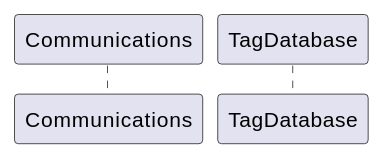
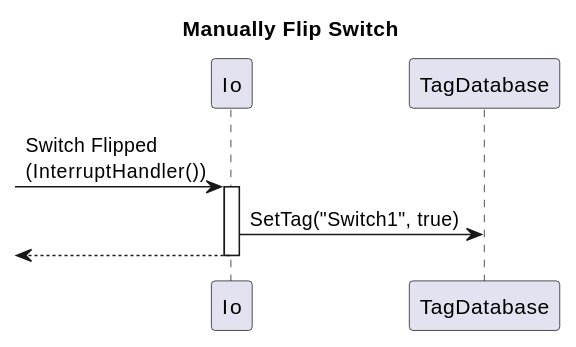
Before and after one commit to aet37/ECE1140-Project: the third of 4 diagrams in docs/hw_track_controller_hld.md, drawn with PlantUML. The commit also changed other lines of this file, not shown here.

````diff
--- a/docs/hw_track_controller_hld.md
+++ b/docs/hw_track_controller_hld.md
@@ -178,8 +190,13 @@
 ```plantuml
 @startuml
 
-participant Communications as comms
+title Manually Flip Switch
+participant Io
 participant TagDatabase as td
+
+[-> Io ++ : Switch Flipped\n(InterruptHandler())
+Io -> td : SetTag("Switch1", true)
+return
 
 @enduml
 ```
````
